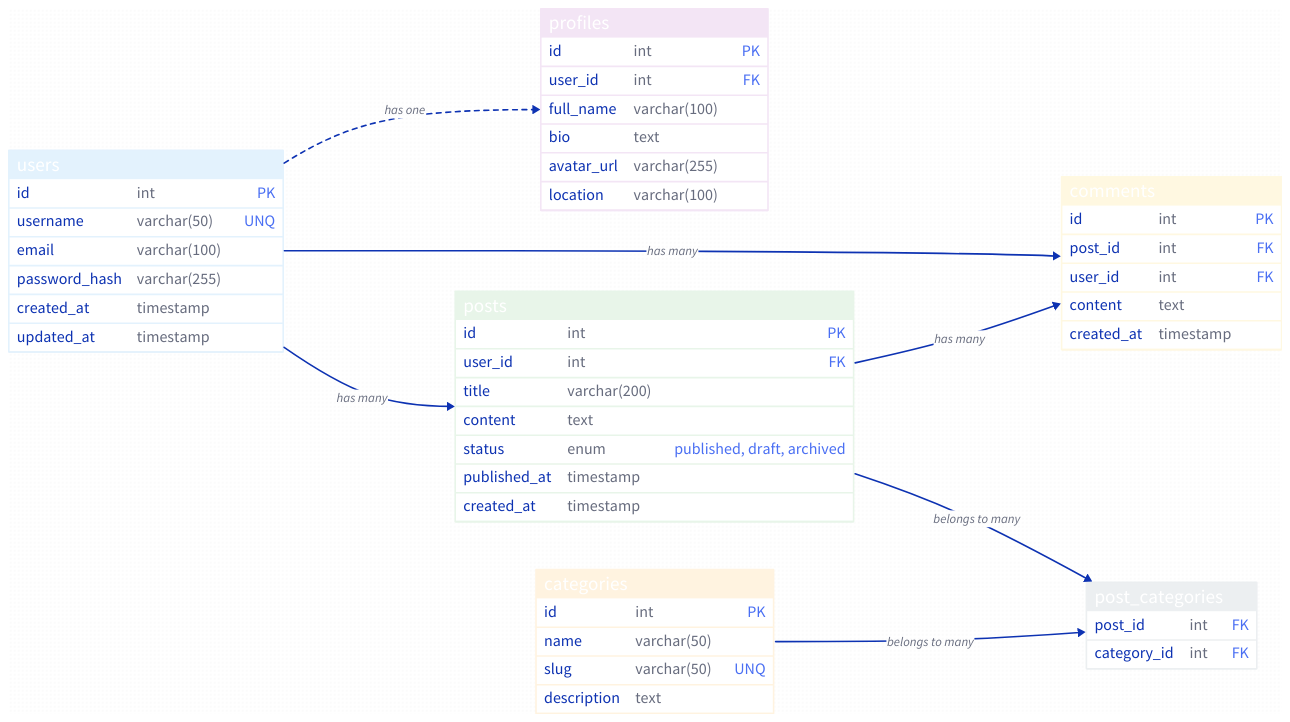
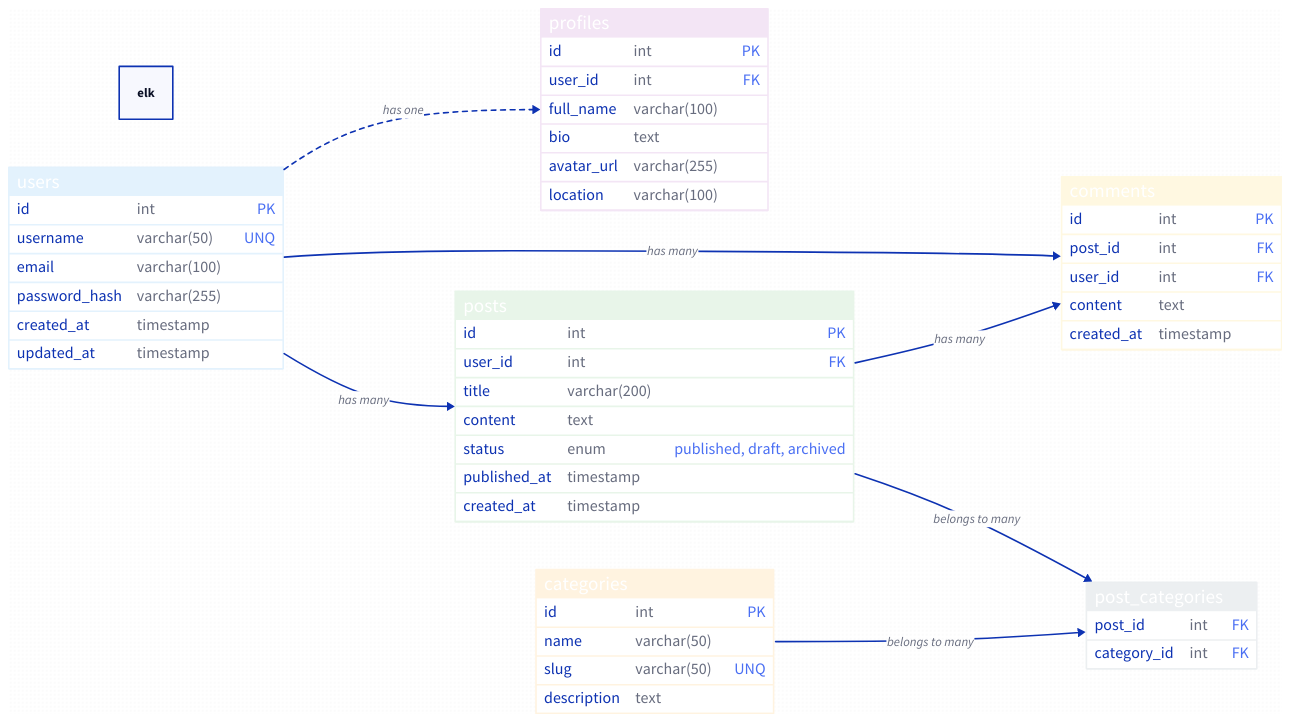
One commit to ruleizhou/han-skills changed the diagram in skills/han-d2-diagram/assets/templates/er-diagram.d2. Above: the diagram before and after it, drawn with D2. The commit also changed 15 other files, not shown here.

First line of the commit message:
feat: han-d2-diagram 连线统一为正交折线，收口单引擎 ELK

```diff
--- a/skills/han-d2-diagram/assets/templates/er-diagram.d2
+++ b/skills/han-d2-diagram/assets/templates/er-diagram.d2
@@ -1,95 +1,96 @@
 # Entity-Relationship Diagram Template
-# Usage: d2 --sketch er-diagram.d2 output.png
+# Usage: d2 --theme=300 -l elk --sketch er-diagram.d2 output.png
 
+layout: elk
 direction: right
 
 style: {
   fill-pattern: dots
   stroke-dash: 3
   border-radius: 5
 }
 
 # Users Table
 users: {
   shape: sql_table
   style.fill: "#E3F2FD"
   
   id: int {constraint: primary_key}
   username: varchar(50) {constraint: unique}
   email: varchar(100)
   password_hash: varchar(255)
   created_at: timestamp
   updated_at: timestamp
 }
 
 # Profiles Table
 profiles: {
   shape: sql_table
   style.fill: "#F3E5F5"
   
   id: int {constraint: primary_key}
   user_id: int {constraint: foreign_key}
   full_name: varchar(100)
   bio: text
   avatar_url: varchar(255)
   location: varchar(100)
 }
 
 # Posts Table
 posts: {
   shape: sql_table
   style.fill: "#E8F5E9"
   
   id: int {constraint: primary_key}
   user_id: int {constraint: foreign_key}
   title: varchar(200)
   content: text
   status: enum {constraint: "published, draft, archived"}
   published_at: timestamp
   created_at: timestamp
 }
 
 # Comments Table
 comments: {
   shape: sql_table
   style.fill: "#FFF8E1"
   
   id: int {constraint: primary_key}
   post_id: int {constraint: foreign_key}
   user_id: int {constraint: foreign_key}
   content: text
   created_at: timestamp
 }
 
 # Categories Table
 categories: {
   shape: sql_table
   style.fill: "#FFF3E0"
   
   id: int {constraint: primary_key}
   name: varchar(50)
   slug: varchar(50) {constraint: unique}
   description: text
 }
 
 # Post-Categories Junction Table
 post_categories: {
   shape: sql_table
   style.fill: "#ECEFF1"
   
   post_id: int {constraint: foreign_key}
   category_id: int {constraint: foreign_key}
 }
 
 # Relationships
 users -> profiles: has one {
   style.stroke-dash: 3
 }
 
 users -> posts: has many
 users -> comments: has many
 
 posts -> comments: has many
 posts -> post_categories: belongs to many
 
 categories -> post_categories: belongs to many
```
